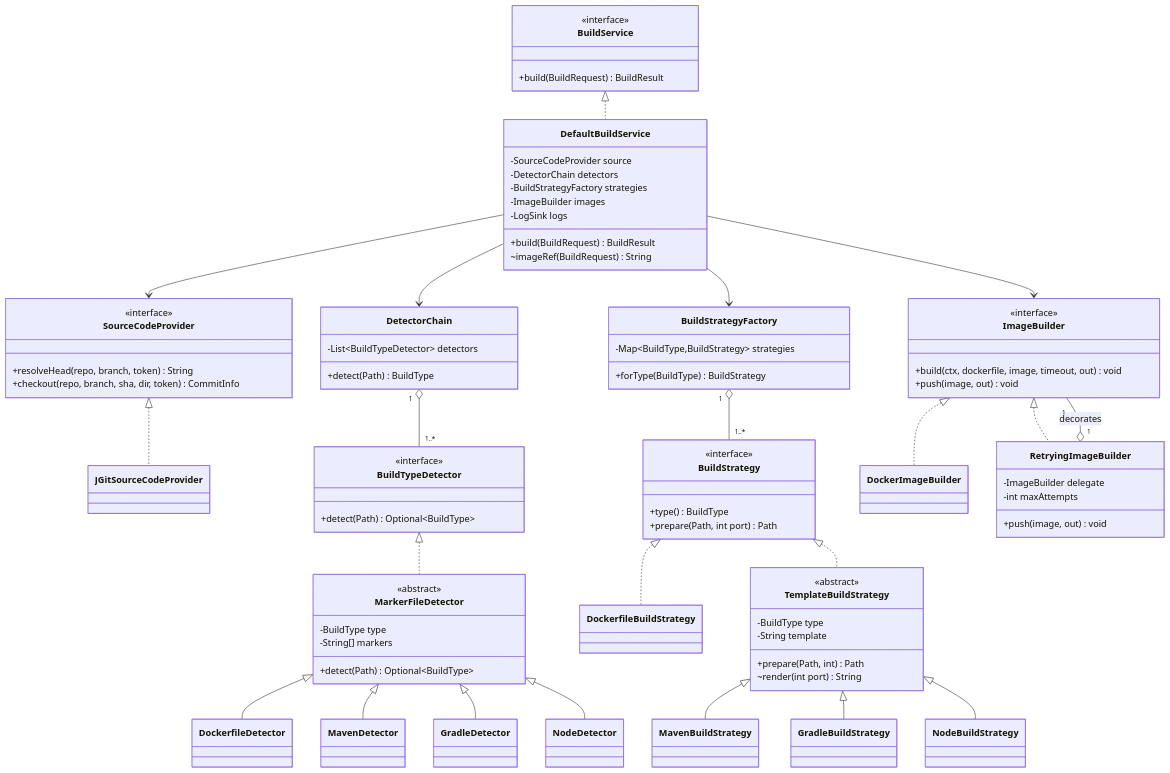
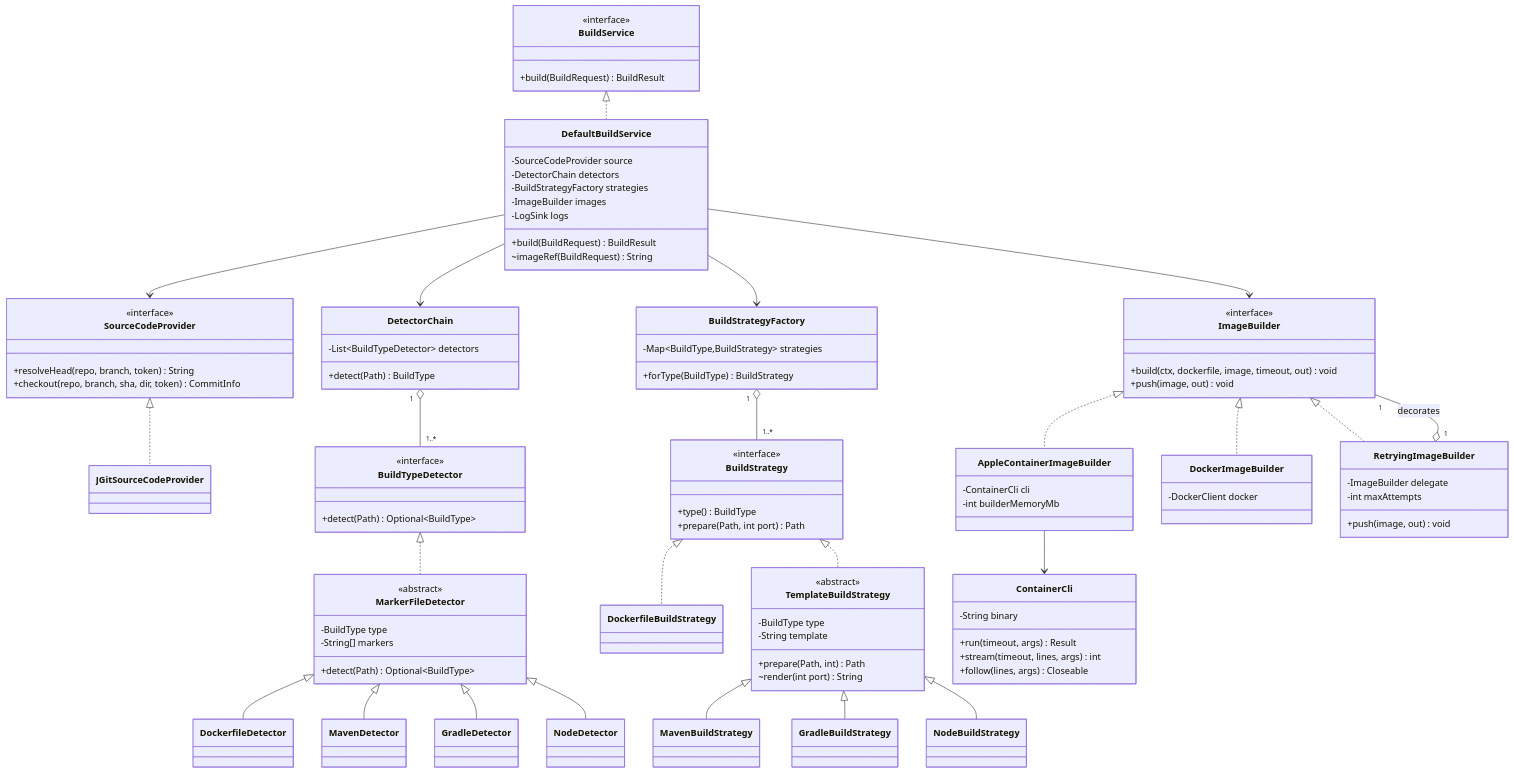
Before and after one commit to sshivanshg/forge: the second of 4 diagrams in docs/03-class-design.md, drawn with Mermaid. The commit also changed other lines of this file and 11 other files, not shown here.

First line of the commit message:
docs: describe Apple container as the default engine (D-004)

````diff
--- a/docs/03-class-design.md
+++ b/docs/03-class-design.md
@@ -245,7 +245,19 @@
         +build(ctx, dockerfile, image, timeout, out) void
         +push(image, out) void
     }
-    class DockerImageBuilder
+    class AppleContainerImageBuilder {
+        -ContainerCli cli
+        -int builderMemoryMb
+    }
+    class DockerImageBuilder {
+        -DockerClient docker
+    }
+    class ContainerCli {
+        -String binary
+        +run(timeout, args) Result
+        +stream(timeout, lines, args) int
+        +follow(lines, args) Closeable
+    }
     class RetryingImageBuilder {
         -ImageBuilder delegate
         -int maxAttempts
@@ -270,7 +282,9 @@
     TemplateBuildStrategy <|-- GradleBuildStrategy
     TemplateBuildStrategy <|-- NodeBuildStrategy
     BuildStrategyFactory "1" o-- "1..*" BuildStrategy
+    ImageBuilder <|.. AppleContainerImageBuilder
     ImageBuilder <|.. DockerImageBuilder
+    AppleContainerImageBuilder --> ContainerCli
     ImageBuilder <|.. RetryingImageBuilder
     RetryingImageBuilder "1" o-- "1" ImageBuilder : decorates
 ```
````
